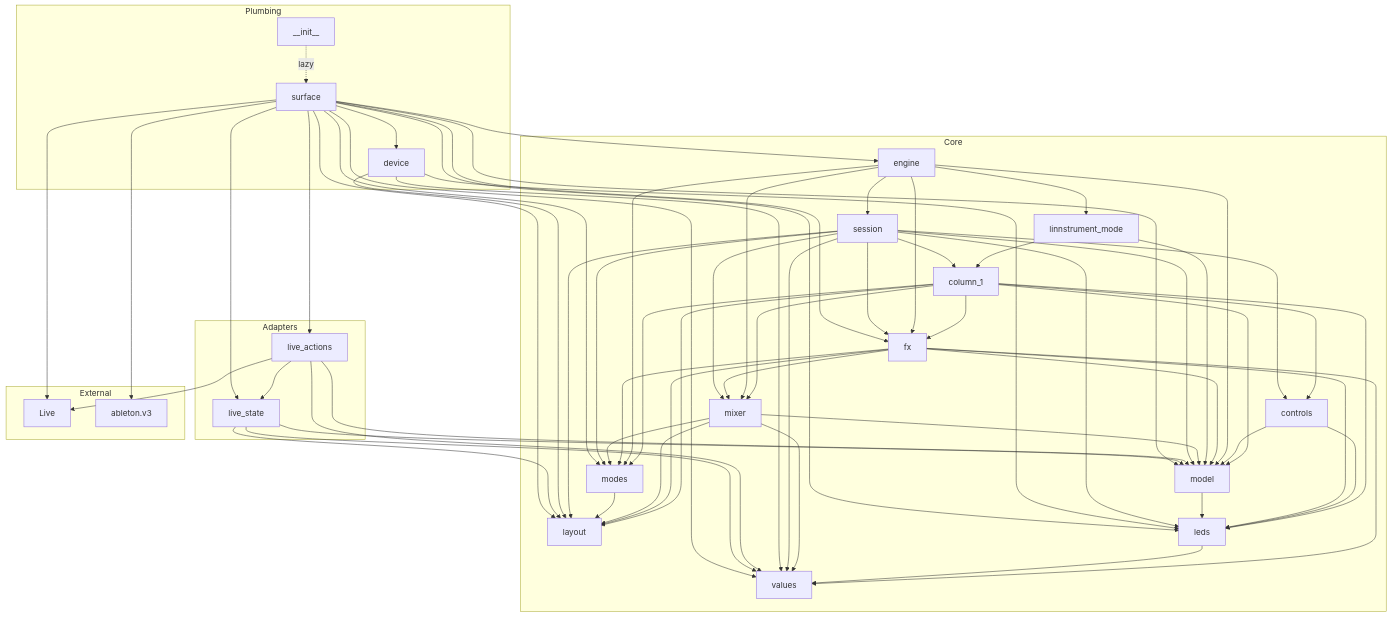
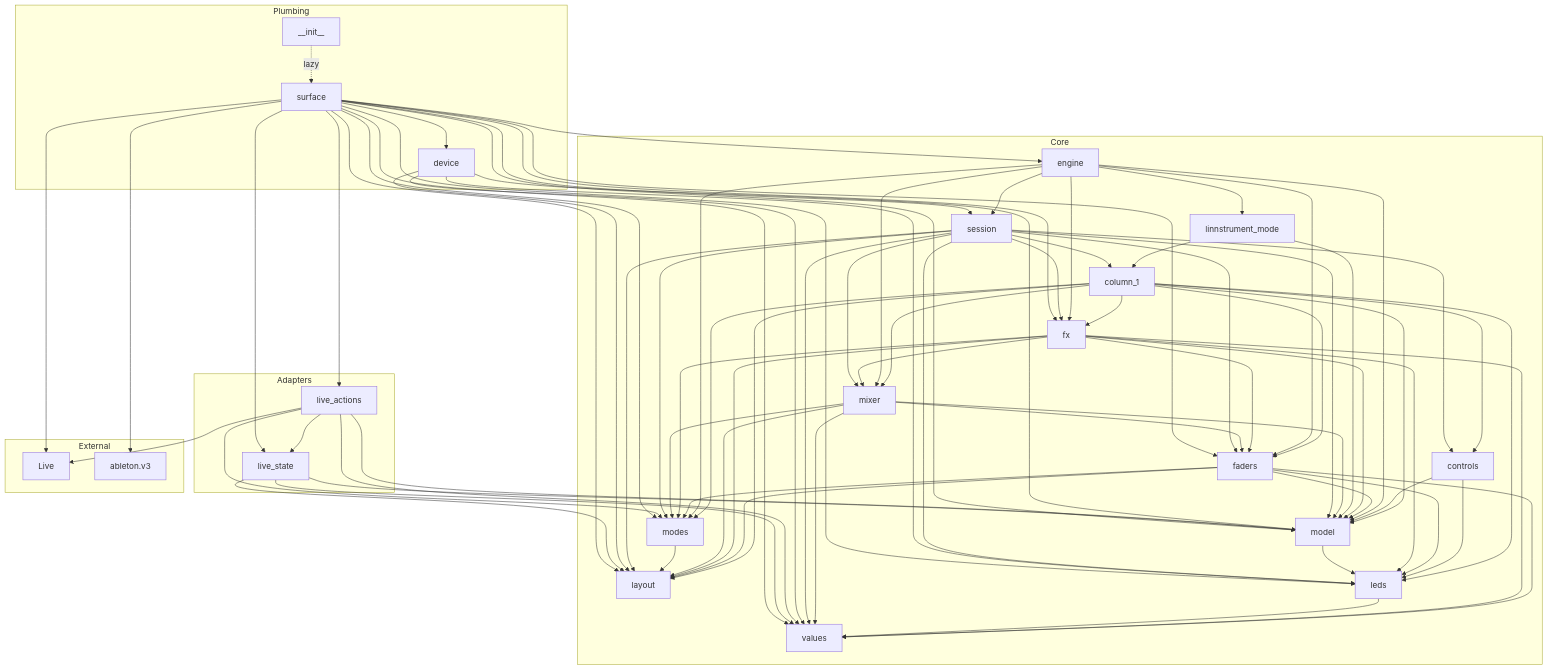
One commit to ianbleaker/bleakloop-linnstrument changed the fourth of 8 diagrams in docs/architecture.md. Above: the diagram before and after it, drawn with Mermaid. The commit also changed other lines of this file and 34 other files, not shown here.

First line of the commit message:
Horizontal FX faders, the Dev modifier and the Session split view (#64)

```diff
--- a/docs/architecture.md
+++ b/docs/architecture.md
@@ -191,6 +194,7 @@
     core_column_1["column_1"]
     core_controls["controls"]
     core_engine["engine"]
+    core_faders["faders"]
     core_fx["fx"]
     core_layout["layout"]
     core_leds["leds"]
@@ -207,6 +211,7 @@
   end
   __init__ -.->|lazy| surface
   core_column_1 --> core_controls
+  core_column_1 --> core_faders
   core_column_1 --> core_fx
   core_column_1 --> core_layout
   core_column_1 --> core_leds
@@ -215,12 +220,19 @@
   core_column_1 --> core_modes
   core_controls --> core_leds
   core_controls --> core_model
+  core_engine --> core_faders
   core_engine --> core_fx
   core_engine --> core_linnstrument_mode
   core_engine --> core_mixer
   core_engine --> core_model
   core_engine --> core_modes
   core_engine --> core_session
+  core_faders --> core_layout
+  core_faders --> core_leds
+  core_faders --> core_model
+  core_faders --> core_modes
+  core_faders --> core_values
+  core_fx --> core_faders
   core_fx --> core_layout
   core_fx --> core_leds
   core_fx --> core_mixer
@@ -230,6 +242,7 @@
   core_leds --> core_values
   core_linnstrument_mode --> core_column_1
   core_linnstrument_mode --> core_model
+  core_mixer --> core_faders
   core_mixer --> core_layout
   core_mixer --> core_model
   core_mixer --> core_modes
@@ -238,6 +251,7 @@
   core_modes --> core_layout
   core_session --> core_column_1
   core_session --> core_controls
+  core_session --> core_faders
   core_session --> core_fx
   core_session --> core_layout
   core_session --> core_leds
@@ -247,9 +261,11 @@
   core_session --> core_values
   device --> core_layout
   device --> core_leds
+  device --> core_model
   device --> core_values
   live_actions --> Live
   live_actions --> core_model
+  live_actions --> core_modes
   live_actions --> core_values
   live_actions --> live_state
   live_state --> core_layout
@@ -258,11 +274,13 @@
   surface --> Live
   surface --> ableton_v3
   surface --> core_engine
+  surface --> core_faders
   surface --> core_fx
   surface --> core_layout
   surface --> core_leds
   surface --> core_model
   surface --> core_modes
+  surface --> core_session
   surface --> core_values
   surface --> device
   surface --> live_actions
```
